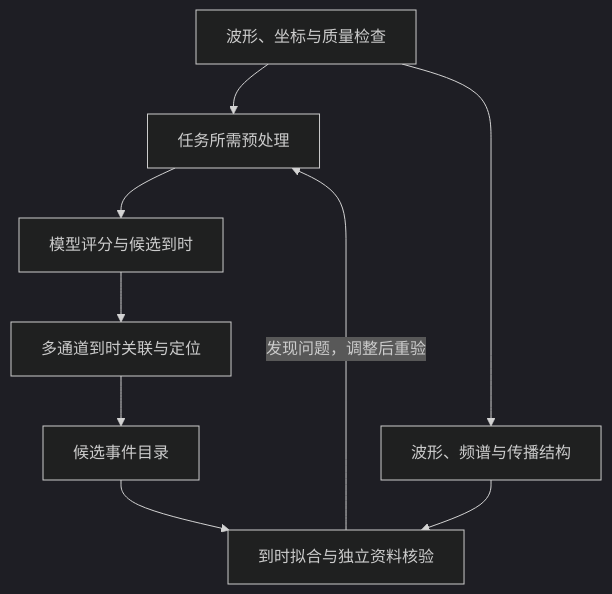
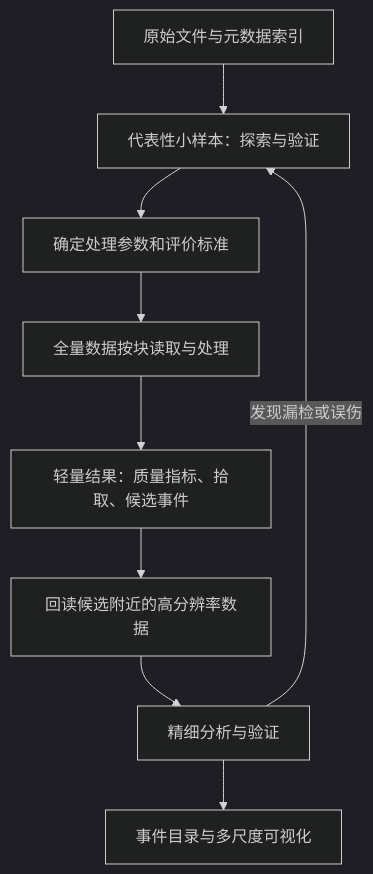
One commit to xttus/xdas-tutorials-zh changed the diagram in guides/workflow.md. Above: the diagram before and after it, drawn with Mermaid (dark theme). The commit also changed other lines of this file, not shown here.

````diff
--- a/guides/workflow.md
+++ b/guides/workflow.md
@@ -11,11 +99,11 @@
 ```mermaid
 flowchart TD
-    A["波形、坐标与质量检查"] --> B["任务所需预处理"]
-    B --> C["模型评分与候选到时"]
-    C --> D["多通道到时关联与定位"]
-    D --> E["候选事件目录"]
-    A --> F["波形、频谱与传播结构"]
-    E --> G["到时拟合与独立资料核验"]
-    F --> G
-    G -->|"发现问题，调整后重验"| B
+    A["原始文件与元数据索引"] --> B["代表性小样本：探索与验证"]
+    B --> C["确定处理参数和评价标准"]
+    C --> D["全量数据按块读取与处理"]
+    D --> E["轻量结果：质量指标、拾取、候选事件"]
+    E --> F["回读候选附近的高分辨率数据"]
+    F --> G["精细分析与验证"]
+    G --> H["事件目录与多尺度可视化"]
+    G -->|"发现漏检或误伤"| B
 ```
````
